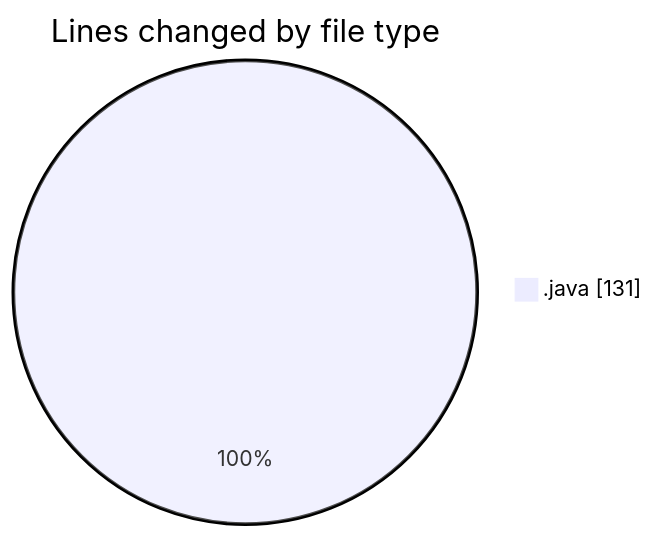
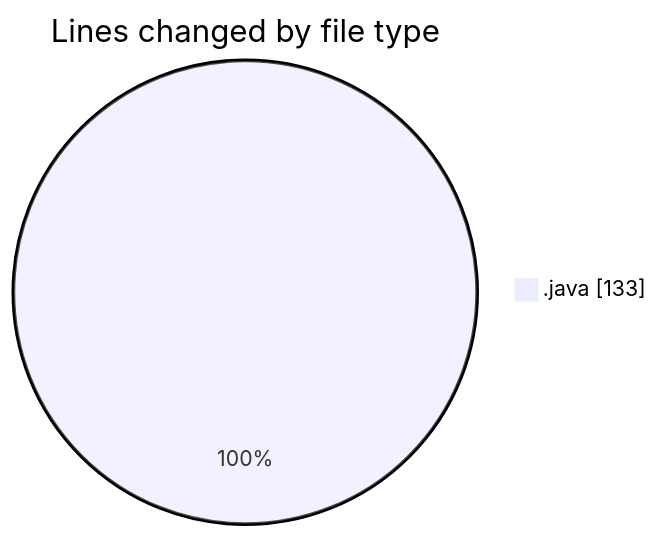
The first of 2 diagrams in 2025-02-23/startfiles/README.md (NitaiMahat/code-tracking), drawn with Mermaid before and after one commit. The commit also changed other lines of this file and 1 other file, not shown here.

````diff
--- a/2025-02-23/startfiles/README.md
+++ b/2025-02-23/startfiles/README.md
@@ -20,5 +20,5 @@
 ```mermaid
 pie showData
 title Lines changed by file type
-".java" : 131
+".java" : 133
 ```
````
